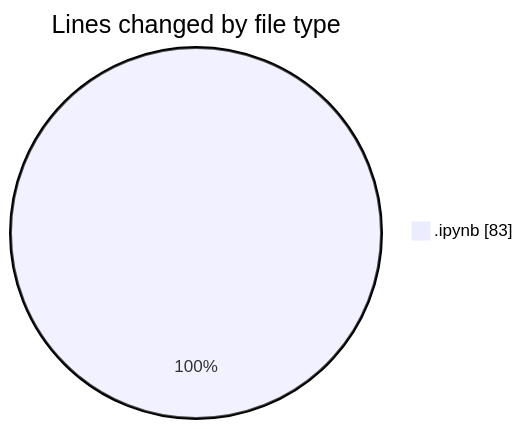
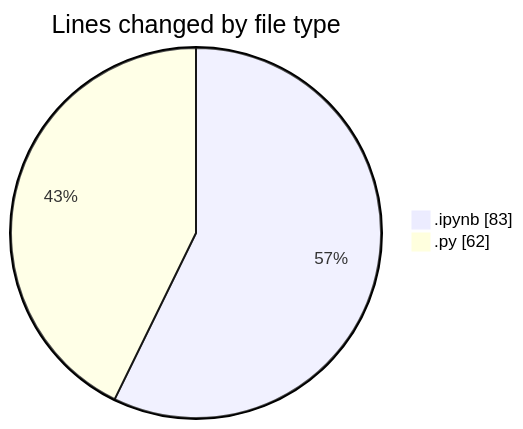
One commit to hasnaa123/code-tracking changed the first of 2 diagrams in 2026-02-08/fondamentals/README.md. Above: the diagram before and after it, drawn with Mermaid. The commit also changed other lines of this file and 1 other file, not shown here.

````diff
--- a/2026-02-08/fondamentals/README.md
+++ b/2026-02-08/fondamentals/README.md
@@ -20,5 +21,6 @@
 ```mermaid
 pie showData
 title Lines changed by file type
 ".ipynb" : 83
+".py" : 62
 ```
````
